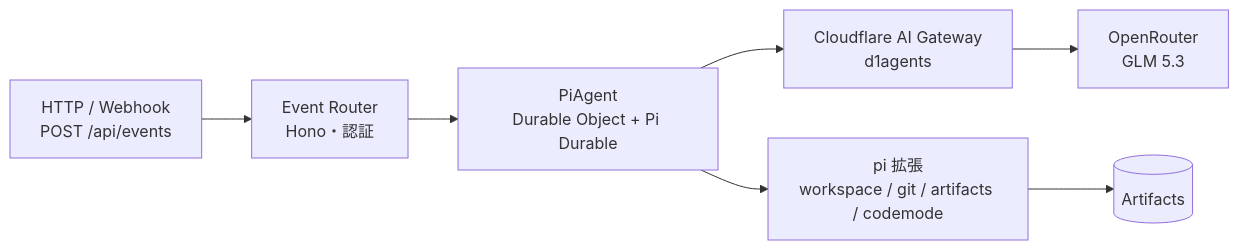
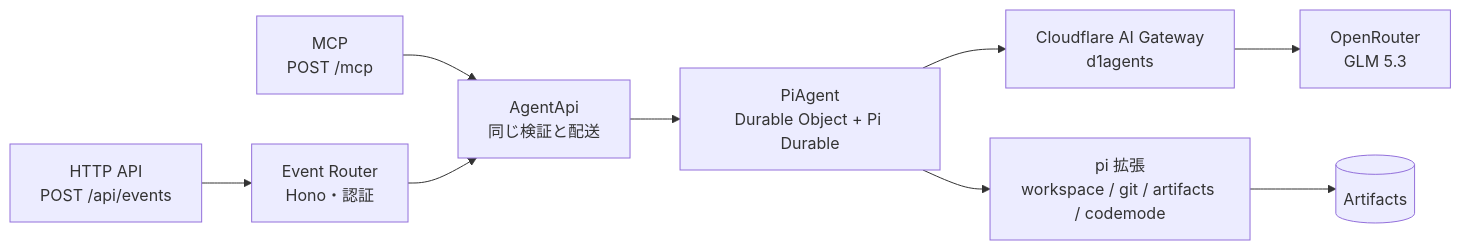
The diagram in README.md (YuSa0-6/PiDurableAgents), drawn with Mermaid before and after one commit. The commit also changed other lines of this file and 12 other files, not shown here.

First line of the commit message:
Add a Streamable HTTP MCP endpoint for the Pi agent (#8)

````diff
--- a/README.md
+++ b/README.md
@@ -19,9 +19,11 @@
 ```mermaid
 flowchart LR
-  A[HTTP / Webhook<br>POST /api/events] --> R[Event Router<br>Hono・認証]
-  R --> P[PiAgent<br>Durable Object + Pi Durable]
+  A[HTTP API<br>POST /api/events] --> R[Event Router<br>Hono・認証]
+  M[MCP<br>POST /mcp] --> S[AgentApi<br>同じ検証と配送]
+  R --> S
+  S --> P[PiAgent<br>Durable Object + Pi Durable]
   P --> GW[Cloudflare AI Gateway<br>d1agents]
   GW --> OR[OpenRouter<br>GLM 5.3]
   P --> T[pi 拡張<br>workspace / git / artifacts / codemode]
   T --> AR[(Artifacts)]
 ```
````
